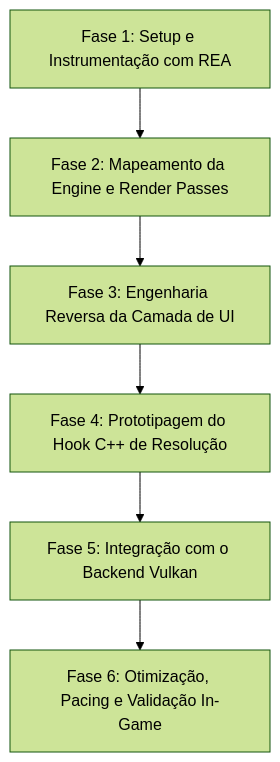
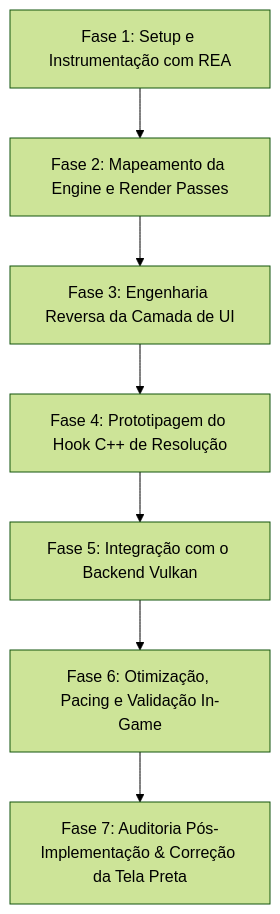
Before and after one commit to kelvynzucco/majin-recompile: the diagram in VULKAN_NATIVE_RESOLUTION_MOD_PLAN.md, drawn with Mermaid (forest theme). The commit also changed other lines of this file and 18 other files, not shown here.

````diff
--- a/VULKAN_NATIVE_RESOLUTION_MOD_PLAN.md
+++ b/VULKAN_NATIVE_RESOLUTION_MOD_PLAN.md
@@ -12,8 +16,9 @@
 ```mermaid
 flowchart TD
     Fase1["Fase 1: Setup e Instrumentação com REA"] --> Fase2["Fase 2: Mapeamento da Engine e Render Passes"]
     Fase2 --> Fase3["Fase 3: Engenharia Reversa da Camada de UI"]
     Fase3 --> Fase4["Fase 4: Prototipagem do Hook C++ de Resolução"]
     Fase4 --> Fase5["Fase 5: Integração com o Backend Vulkan"]
     Fase5 --> Fase6["Fase 6: Otimização, Pacing e Validação In-Game"]
+    Fase6 --> Fase7["Fase 7: Auditoria Pós-Implementação & Correção da Tela Preta"]
 ```
````
